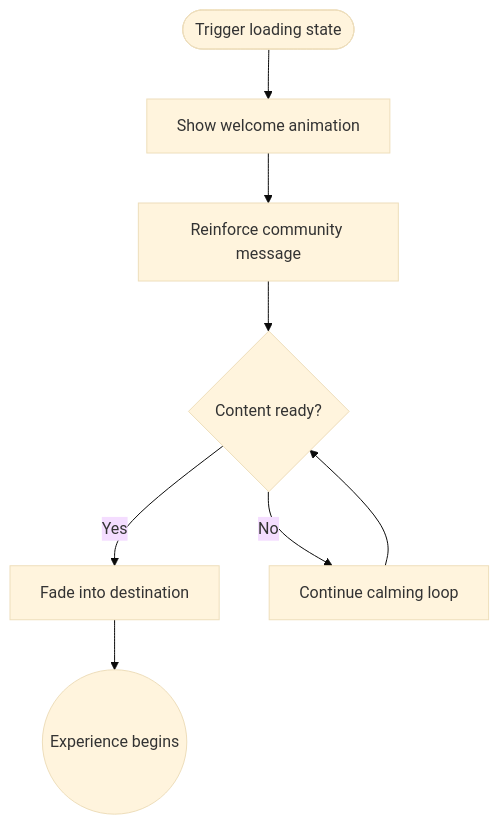
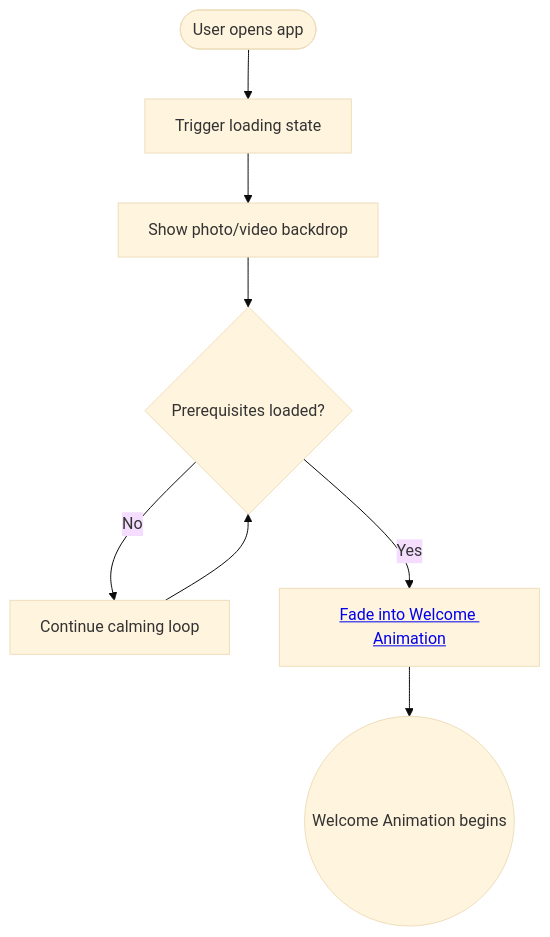
One commit to lyfar/awa-docs changed the diagram in docs/features/loading-screen.md. Above: the diagram before and after it, drawn with Mermaid (base theme). The commit also changed other lines of this file and 21 other files, not shown here.

````diff
--- a/docs/features/loading-screen.md
+++ b/docs/features/loading-screen.md
@@ -50,12 +50,14 @@
 ```mermaid
+%%{init: {'securityLevel': 'loose', 'flowchart': {'htmlLabels': true}}}%%
 flowchart TD
-    START([Trigger loading state])
-    INTRO[Show welcome animation]
-    STORY[Reinforce community message]
-    READY{Content ready?}
-    TRANSITION[Fade into destination]
-    START --> INTRO --> STORY --> READY
-    READY -->|Yes| TRANSITION --> END((Experience begins))
-    READY -->|No| LOOP[Continue calming loop]
-    LOOP --> READY
+    OPEN([User opens app])
+    LOAD[Trigger loading state]
+    BACKDROP[Show photo/video backdrop]
+    READY{Prerequisites loaded?}
+    LOOP[Continue calming loop]
+    WELCOME["<a href='./welcome-animation'>Fade into Welcome Animation</a>"]
+    OPEN --> LOAD --> BACKDROP --> READY
+    READY -->|Yes| WELCOME --> END((Welcome Animation begins))
+    READY -->|No| LOOP --> READY
+    click WELCOME "./welcome-animation" "Open the Welcome Animation feature doc"
 ```
````
